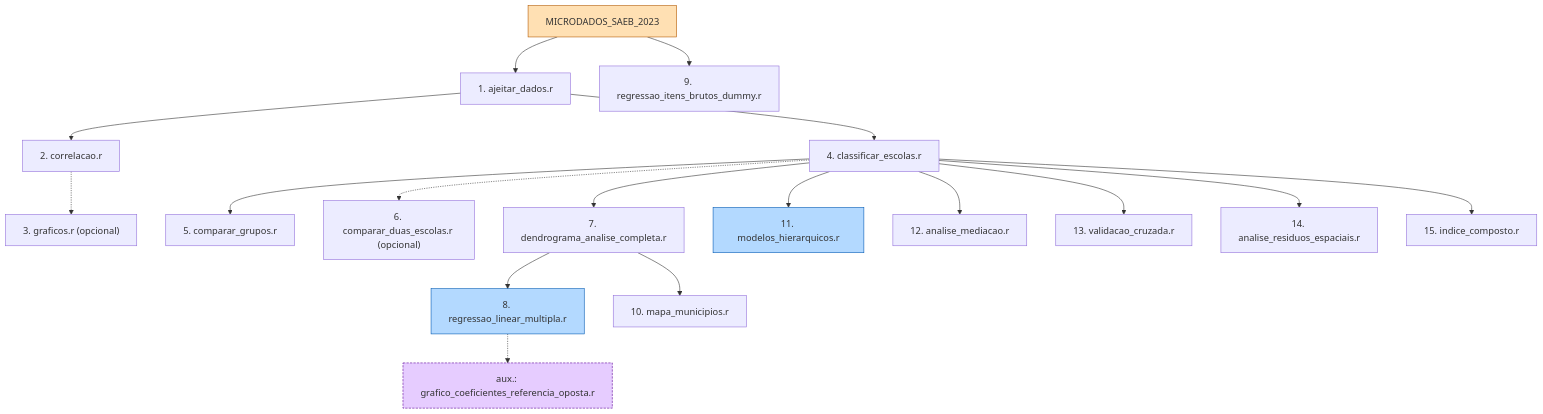
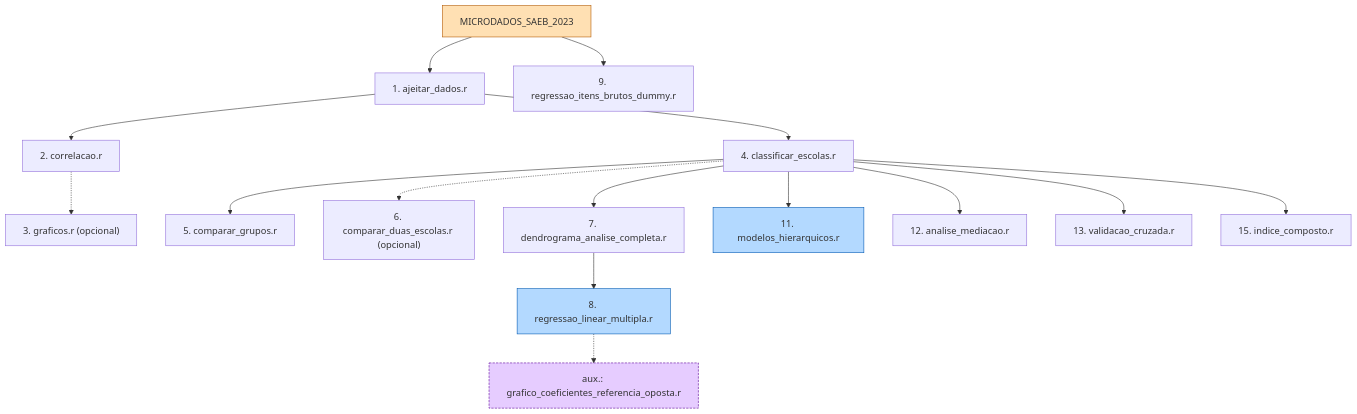
The diagram in README.md (lcaruzo007/tcc), drawn with Mermaid before and after one commit. The commit also changed other lines of this file and 11 other files, not shown here.

````diff
--- a/README.md
+++ b/README.md
@@ -112,24 +110,22 @@
 ```mermaid
 graph TD
     D["MICRODADOS_SAEB_2023"] --> P1["1. ajeitar_dados.r"]
     P1 --> P2["2. correlacao.r"]
     P2 -.-> P3["3. graficos.r (opcional)"]
     P1 --> P4["4. classificar_escolas.r"]
     P4 --> P5["5. comparar_grupos.r"]
     P4 -.-> P6["6. comparar_duas_escolas.r (opcional)"]
     P4 --> P7["7. dendrograma_analise_completa.r"]
     P7 --> P8["8. regressao_linear_multipla.r"]
     D --> P9["9. regressao_itens_brutos_dummy.r"]
-    P7 --> P10["10. mapa_municipios.r"]
     P4 --> P11["11. modelos_hierarquicos.r"]
     P4 --> P12["12. analise_mediacao.r"]
     P4 --> P13["13. validacao_cruzada.r"]
-    P4 --> P14["14. analise_residuos_espaciais.r"]
     P4 --> P15["15. indice_composto.r"]
     P8 -.-> AUX["aux.: grafico_coeficientes_referencia_oposta.r"]
 
     style D fill:#ffe0b3,stroke:#b35900
     style P8 fill:#b3d9ff,stroke:#0059b3
     style P11 fill:#b3d9ff,stroke:#0059b3
     style AUX fill:#e6ccff,stroke:#5c0099,stroke-dasharray: 4 2
 ```
````
